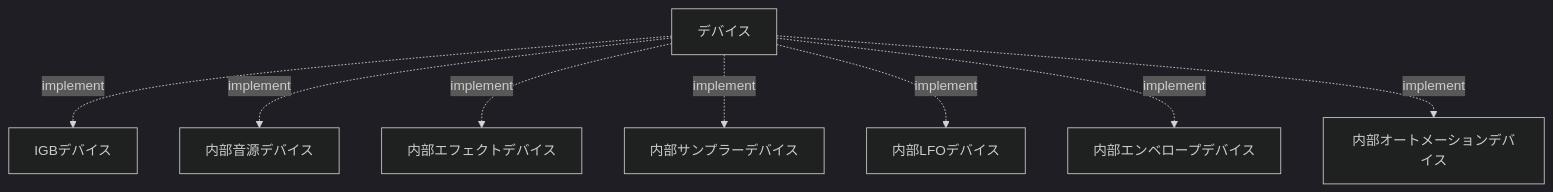
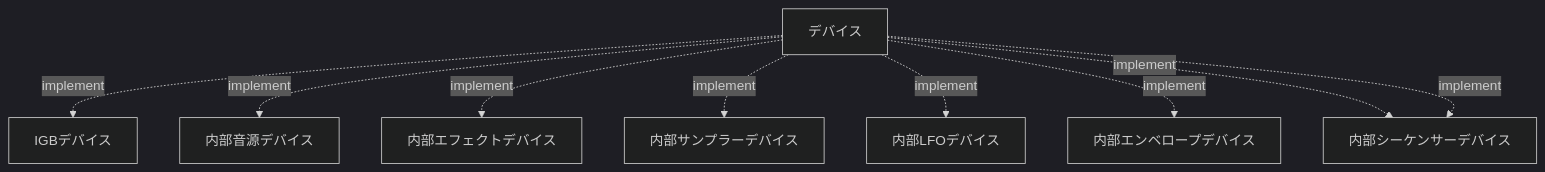
The third of 3 diagrams in devices/igb01/IGB01_spec.md (centrevillage/igb_spec), drawn with Mermaid (dark theme) before and after one commit. The commit also changed other lines of this file, not shown here.

````diff
--- a/devices/igb01/IGB01_spec.md
+++ b/devices/igb01/IGB01_spec.md
@@ -219,10 +219,11 @@
 ```mermaid
 flowchart TB
   Device["デバイス"] -. "implement" .-> IGBDevice["IGBデバイス"]
   Device -. "implement" .-> InternalSynthDevice["内部音源デバイス"]
   Device -. "implement" .-> InternalFxDevice["内部エフェクトデバイス"]
   Device -. "implement" .-> InternalSamplerDevice["内部サンプラーデバイス"]
   Device -. "implement" .-> InternalLFODevice["内部LFOデバイス"]
   Device -. "implement" .-> InternalEnvDevice["内部エンベロープデバイス"]
   Device -. "implement" .-> InternalAutomationDevice["内部オートメーションデバイス"]
+  Device -. "implement" .-> InternalAutomationDevice["内部シーケンサーデバイス"]
 ```
````
